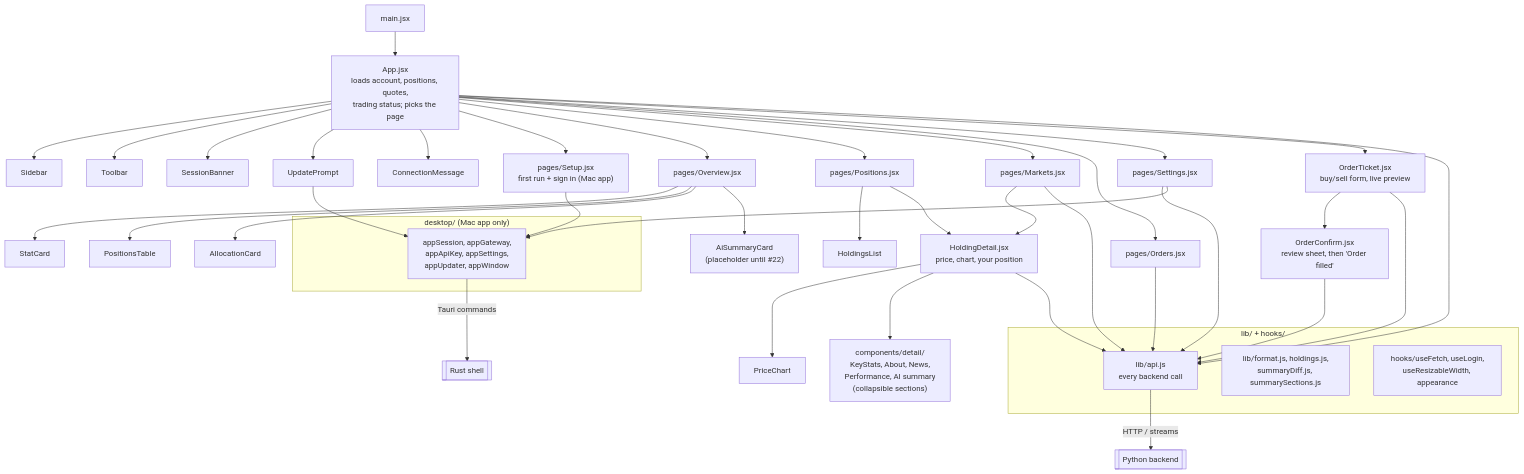
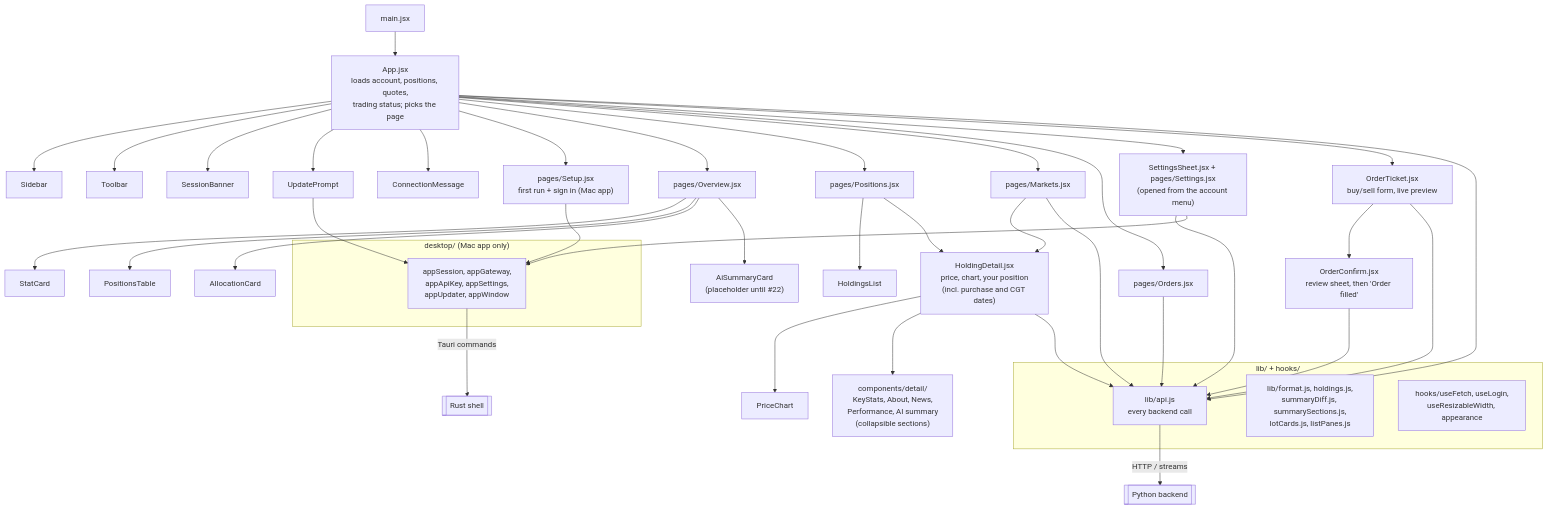
Before and after one commit to Indomie-glitch/ibkr-portfolio-manager: the fifth of 11 diagrams in docs/architecture.md, drawn with Mermaid. The commit also changed other lines of this file and 7 other files, not shown here.

Commit message:
feat: purchase and 12-month CGT dates in Your position

````diff
--- a/docs/architecture.md
+++ b/docs/architecture.md
@@ -167,35 +167,35 @@
 ```mermaid
 flowchart TB
     main["main.jsx"] --> App["App.jsx<br/>loads account, positions, quotes,<br/>trading status; picks the page"]
 
     App --> Sidebar & Toolbar & SessionBanner & UpdatePrompt & ConnectionMessage
     App --> Setup["pages/Setup.jsx<br/>first run + sign in (Mac app)"]
     App --> Overview["pages/Overview.jsx"]
     App --> Positions["pages/Positions.jsx"]
     App --> Markets["pages/Markets.jsx"]
     App --> Orders["pages/Orders.jsx"]
-    App --> Settings["pages/Settings.jsx"]
+    App --> Settings["SettingsSheet.jsx + pages/Settings.jsx<br/>(opened from the account menu)"]
     App --> Ticket["OrderTicket.jsx<br/>buy/sell form, live preview"] --> Confirm["OrderConfirm.jsx<br/>review sheet, then 'Order filled'"]
 
     Overview --> StatCard & PositionsTable & AllocationCard & AiSummaryCard["AiSummaryCard<br/>(placeholder until #22)"]
     Positions --> HoldingsList & HoldingDetail
     Markets --> HoldingDetail
 
-    HoldingDetail["HoldingDetail.jsx<br/>price, chart, your position"] --> PriceChart
+    HoldingDetail["HoldingDetail.jsx<br/>price, chart, your position<br/>(incl. purchase and CGT dates)"] --> PriceChart
     HoldingDetail --> detail["components/detail/<br/>KeyStats, About, News,<br/>Performance, AI summary<br/>(collapsible sections)"]
 
     subgraph lib["lib/ + hooks/"]
         api["lib/api.js<br/>every backend call"]
-        helpers["lib/format.js, holdings.js,<br/>summaryDiff.js, summarySections.js"]
+        helpers["lib/format.js, holdings.js,<br/>summaryDiff.js, summarySections.js,<br/>lotCards.js, listPanes.js"]
         hooks["hooks/useFetch, useLogin,<br/>useResizableWidth, appearance"]
     end
 
     subgraph desktop["desktop/ (Mac app only)"]
         tauri["appSession, appGateway,<br/>appApiKey, appSettings,<br/>appUpdater, appWindow"]
     end
 
     App & Markets & Orders & HoldingDetail & Ticket & Confirm & Settings --> api
     api -->|"HTTP / streams"| BE[["Python backend"]]
     Setup & Settings & UpdatePrompt --> tauri
     tauri -->|Tauri commands| RS[["Rust shell"]]
 ```
````
